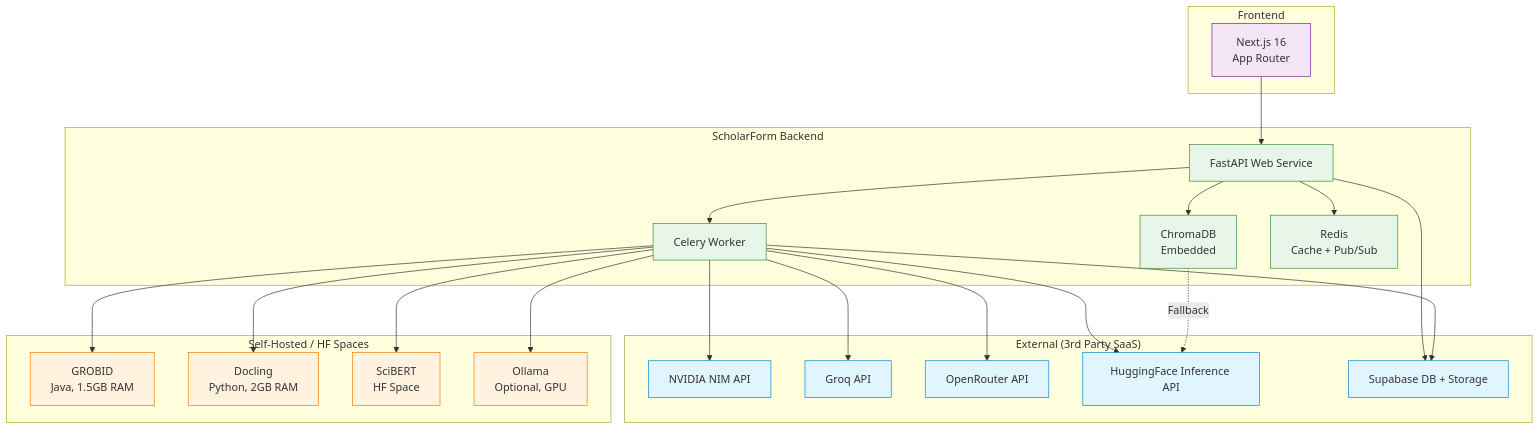
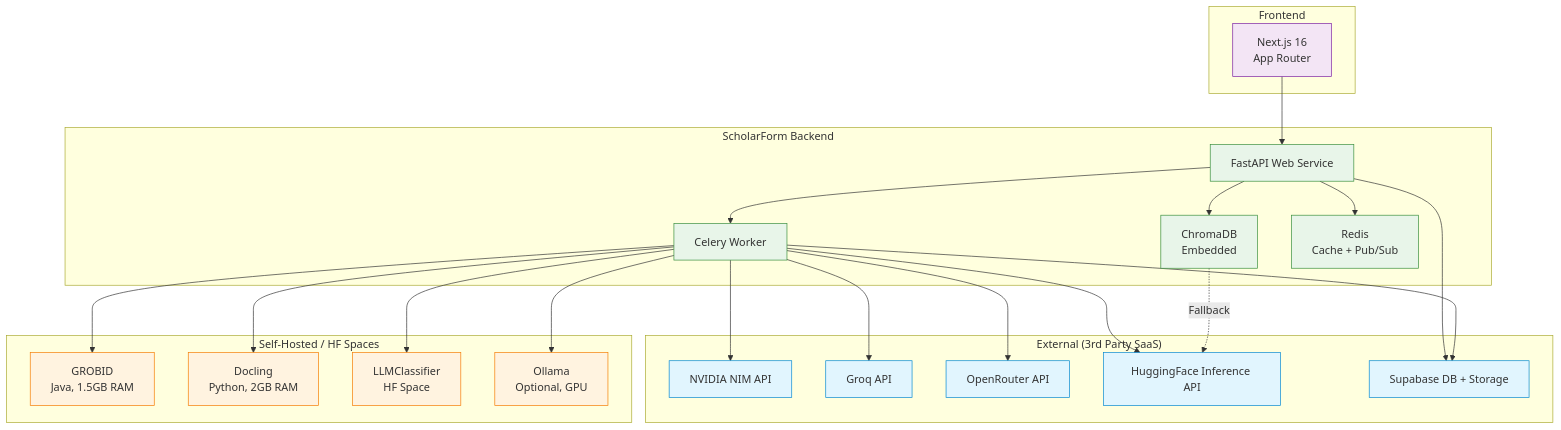
The third of 3 diagrams in docs/AI_ARCHITECTURE.md (rohitkumarnaidu/ScholarFormAI), drawn with Mermaid before and after one commit. The commit also changed other lines of this file and 23 other files, not shown here.

````diff
--- a/docs/AI_ARCHITECTURE.md
+++ b/docs/AI_ARCHITECTURE.md
@@ -2144,54 +2143,54 @@
 ```mermaid
 graph TB
     subgraph External["External (3rd Party SaaS)"]
         NVIDIA[NVIDIA NIM API]
         GROQ[Groq API]
         OR[OpenRouter API]
         HF[HuggingFace Inference API]
         SUPABASE[Supabase DB + Storage]
     end
 
     subgraph SelfHosted["Self-Hosted / HF Spaces"]
         GROBID[GROBID<br/>Java, 1.5GB RAM]
         DOCLING[Docling<br/>Python, 2GB RAM]
-        SCIBERT[SciBERT<br/>HF Space]
+        LLMClassifier[LLMClassifier<br/>HF Space]
         OLLAMA[Ollama<br/>Optional, GPU]
     end
 
     subgraph App["ScholarForm Backend"]
         API[FastAPI Web Service]
         CELERY[Celery Worker]
         CHROMA[ChromaDB<br/>Embedded]
         REDIS[Redis<br/>Cache + Pub/Sub]
     end
 
     subgraph Frontend["Frontend"]
         NEXT[Next.js 16<br/>App Router]
     end
 
     NEXT --> API
     API --> CELERY
     API --> CHROMA
     API --> REDIS
     CELERY --> NVIDIA
     CELERY --> GROQ
     CELERY --> OR
     CELERY --> OLLAMA
     CELERY --> HF
     CELERY --> GROBID
     CELERY --> DOCLING
-    CELERY --> SCIBERT
+    CELERY --> LLMClassifier
     API --> SUPABASE
     CELERY --> SUPABASE
     CHROMA -.->|Fallback| HF
 
     classDef external fill:#e1f5fe,stroke:#0288d1
     classDef selfhosted fill:#fff3e0,stroke:#f57c00
     classDef app fill:#e8f5e9,stroke:#388e3c
     classDef frontend fill:#f3e5f5,stroke:#7b1fa2
 
     class NVIDIA,GROQ,OR,HF,SUPABASE external
-    class GROBID,DOCLING,SCIBERT,OLLAMA selfhosted
+    class GROBID,DOCLING,LLMClassifier,OLLAMA selfhosted
     class API,CELERY,CHROMA,REDIS app
     class NEXT frontend
 ```
````
